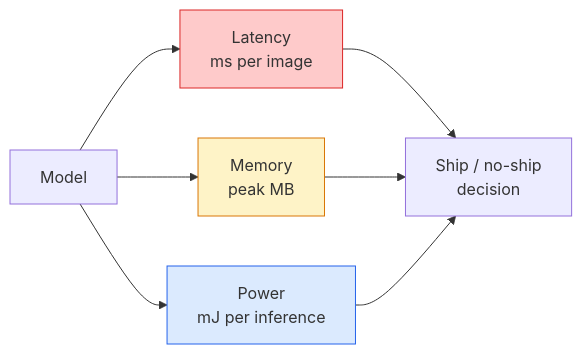
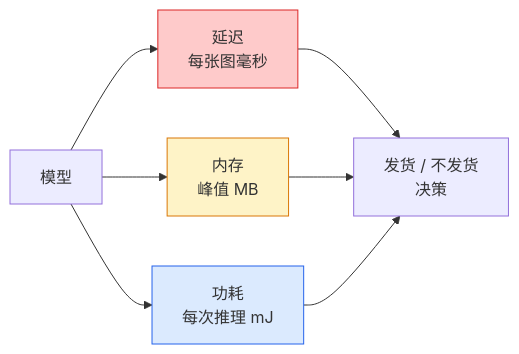
The diagram in phases/04-computer-vision/15-real-time-edge/docs/en.md (alessandrodinisio-ai/ai-engineering-learning-framework), drawn with Mermaid before and after one commit. The commit also changed other lines of this file and 443 other files, not shown here.

First line of the commit message:
feat(zh): 完成 435 节课程文档 + README/ROADMAP/术语表 + 网站 UI 全量中文化

````diff
--- a/phases/04-computer-vision/15-real-time-edge/docs/en.md
+++ b/phases/04-computer-vision/15-real-time-edge/docs/en.md
@@ -29,14 +29,14 @@
 ```mermaid
 flowchart LR
-    M["Model"] --> LAT["Latency<br/>ms per image"]
-    M --> MEM["Memory<br/>peak MB"]
-    M --> PWR["Power<br/>mJ per inference"]
+    M["模型"] --> LAT["延迟<br/>每张图毫秒"]
+    M --> MEM["内存<br/>峰值 MB"]
+    M --> PWR["功耗<br/>每次推理 mJ"]
 
-    LAT --> SHIP["Ship / no-ship<br/>decision"]
+    LAT --> SHIP["发货 / 不发货<br/>决策"]
     MEM --> SHIP
     PWR --> SHIP
 
     style LAT fill:#fecaca,stroke:#dc2626
     style MEM fill:#fef3c7,stroke:#d97706
     style PWR fill:#dbeafe,stroke:#2563eb
 ```
````
